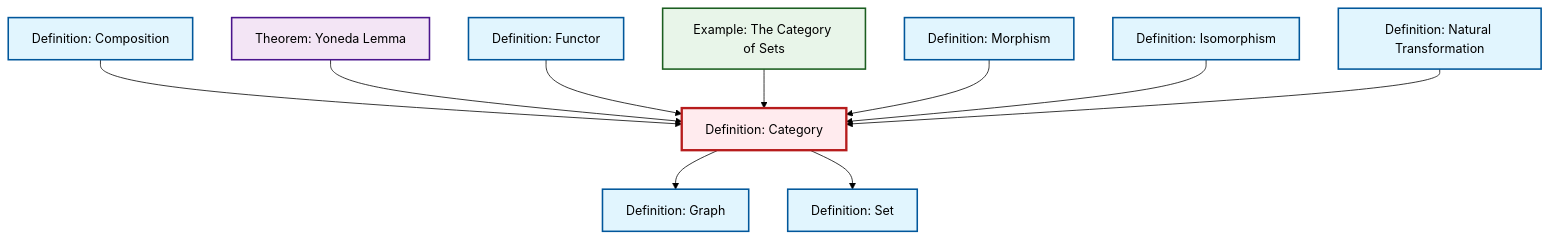
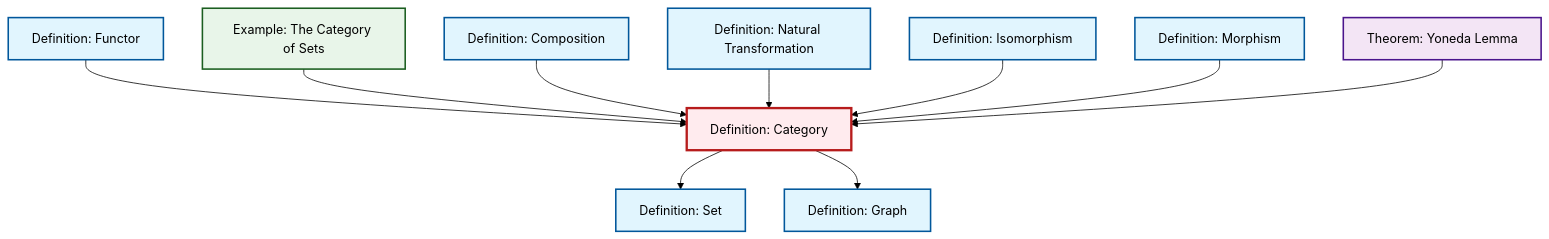
One commit to RK0429/ModernMath changed the diagram in content/en/category-theory/def-category.qmd. Above: the diagram before and after it, drawn with Mermaid (forest theme). The commit also changed other lines of this file and 491 other files, not shown here.

````diff
--- a/content/en/category-theory/def-category.qmd
+++ b/content/en/category-theory/def-category.qmd
@@ -47,38 +47,38 @@
 ```{mermaid}
 %%| fig-cap: "Local dependency graph"
 graph TD
     classDef definition fill:#e1f5fe,stroke:#01579b,stroke-width:2px
     classDef theorem fill:#f3e5f5,stroke:#4a148c,stroke-width:2px
     classDef axiom fill:#fff3e0,stroke:#e65100,stroke-width:2px
     classDef example fill:#e8f5e9,stroke:#1b5e20,stroke-width:2px
     classDef current fill:#ffebee,stroke:#b71c1c,stroke-width:3px
+    def-composition["Definition: Composition"]:::definition
+    thm-yoneda["Theorem: Yoneda Lemma"]:::theorem
+    def-functor["Definition: Functor"]:::definition
+    def-category["Definition: Category"]:::definition
     def-natural-transformation["Definition: Natural Transformation"]:::definition
+    def-set["Definition: Set"]:::definition
+    def-morphism["Definition: Morphism"]:::definition
+    def-graph["Definition: Graph"]:::definition
     ex-set-category["Example: The Category of Sets"]:::example
-    def-set["Definition: Set"]:::definition
-    def-category["Definition: Category"]:::definition
-    def-composition["Definition: Composition"]:::definition
-    def-functor["Definition: Functor"]:::definition
-    def-morphism["Definition: Morphism"]:::definition
-    thm-yoneda["Theorem: Yoneda Lemma"]:::theorem
-    def-graph["Definition: Graph"]:::definition
     def-isomorphism["Definition: Isomorphism"]:::definition
-    def-composition --> def-category
-    thm-yoneda --> def-category
     def-functor --> def-category
     ex-set-category --> def-category
+    def-category --> def-set
+    def-composition --> def-category
+    def-natural-transformation --> def-category
+    def-category --> def-graph
+    def-isomorphism --> def-category
     def-morphism --> def-category
-    def-isomorphism --> def-category
-    def-category --> def-graph
-    def-category --> def-set
-    def-natural-transformation --> def-category
+    thm-yoneda --> def-category
     class def-category current
+    click def-composition "def-composition.html" "Go to Composition definition"
+    click thm-yoneda "thm-yoneda.html" "Go to Yoneda Lemma theorem"
+    click def-functor "def-functor.html" "Go to Functor definition"
     click def-natural-transformation "def-natural-transformation.html" "Go to Natural Transformation definition"
+    click def-set "def-set.html" "Go to Set definition"
+    click def-morphism "def-morphism.html" "Go to Morphism definition"
+    click def-graph "def-graph.html" "Go to Graph definition"
     click ex-set-category "ex-set-category.html" "Go to The Category of Sets example"
-    click def-set "def-set.html" "Go to Set definition"
-    click def-composition "def-composition.html" "Go to Composition definition"
-    click def-functor "def-functor.html" "Go to Functor definition"
-    click def-morphism "def-morphism.html" "Go to Morphism definition"
-    click thm-yoneda "thm-yoneda.html" "Go to Yoneda Lemma theorem"
-    click def-graph "def-graph.html" "Go to Graph definition"
     click def-isomorphism "def-isomorphism.html" "Go to Isomorphism definition"
 ```
````
